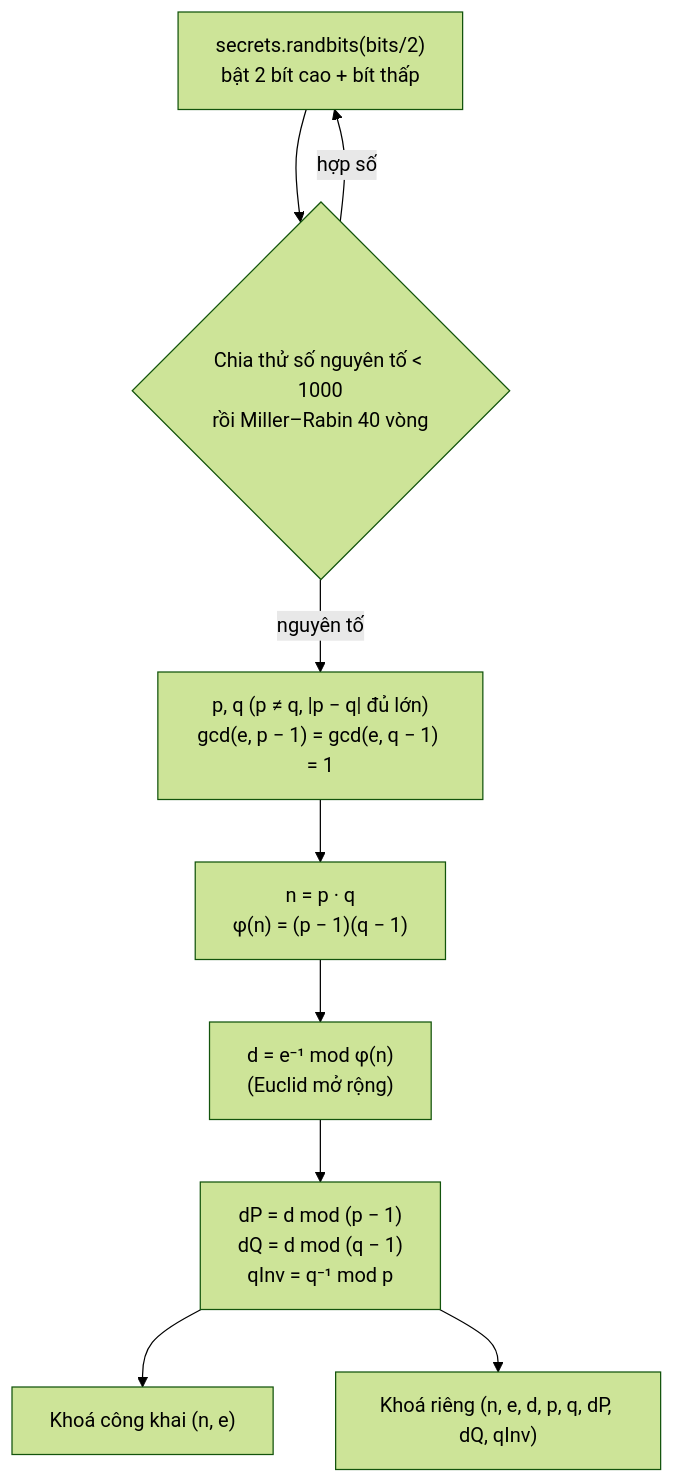
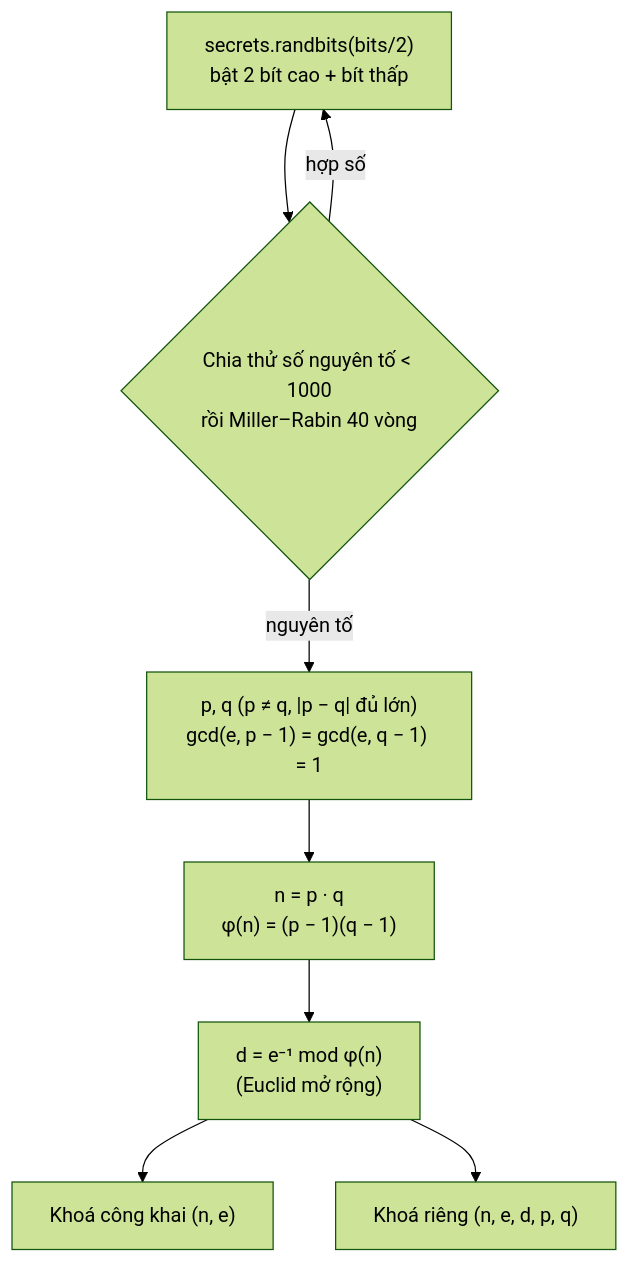
One commit to Ragnarok-84/RSA_2 changed the diagram in docs/diagrams/keygen.md. Above: the diagram before and after it, drawn with Mermaid (forest theme). The commit also changed 38 other files, not shown here.

````diff
--- a/docs/diagrams/keygen.md
+++ b/docs/diagrams/keygen.md
@@ -3,11 +3,10 @@
 ```mermaid
 flowchart TD
     A["secrets.randbits(bits/2)<br/>bật 2 bít cao + bít thấp"] --> B{"Chia thử số nguyên tố &lt; 1000<br/>rồi Miller–Rabin 40 vòng"}
     B -- hợp số --> A
     B -- nguyên tố --> C["p, q (p ≠ q, |p − q| đủ lớn)<br/>gcd(e, p − 1) = gcd(e, q − 1) = 1"]
     C --> D["n = p · q<br/>φ(n) = (p − 1)(q − 1)"]
     D --> E["d = e⁻¹ mod φ(n)<br/>(Euclid mở rộng)"]
-    E --> F["dP = d mod (p − 1)<br/>dQ = d mod (q − 1)<br/>qInv = q⁻¹ mod p"]
-    F --> G["Khoá công khai (n, e)"]
-    F --> H["Khoá riêng (n, e, d, p, q, dP, dQ, qInv)"]
+    E --> G["Khoá công khai (n, e)"]
+    E --> H["Khoá riêng (n, e, d, p, q)"]
 ```
````
